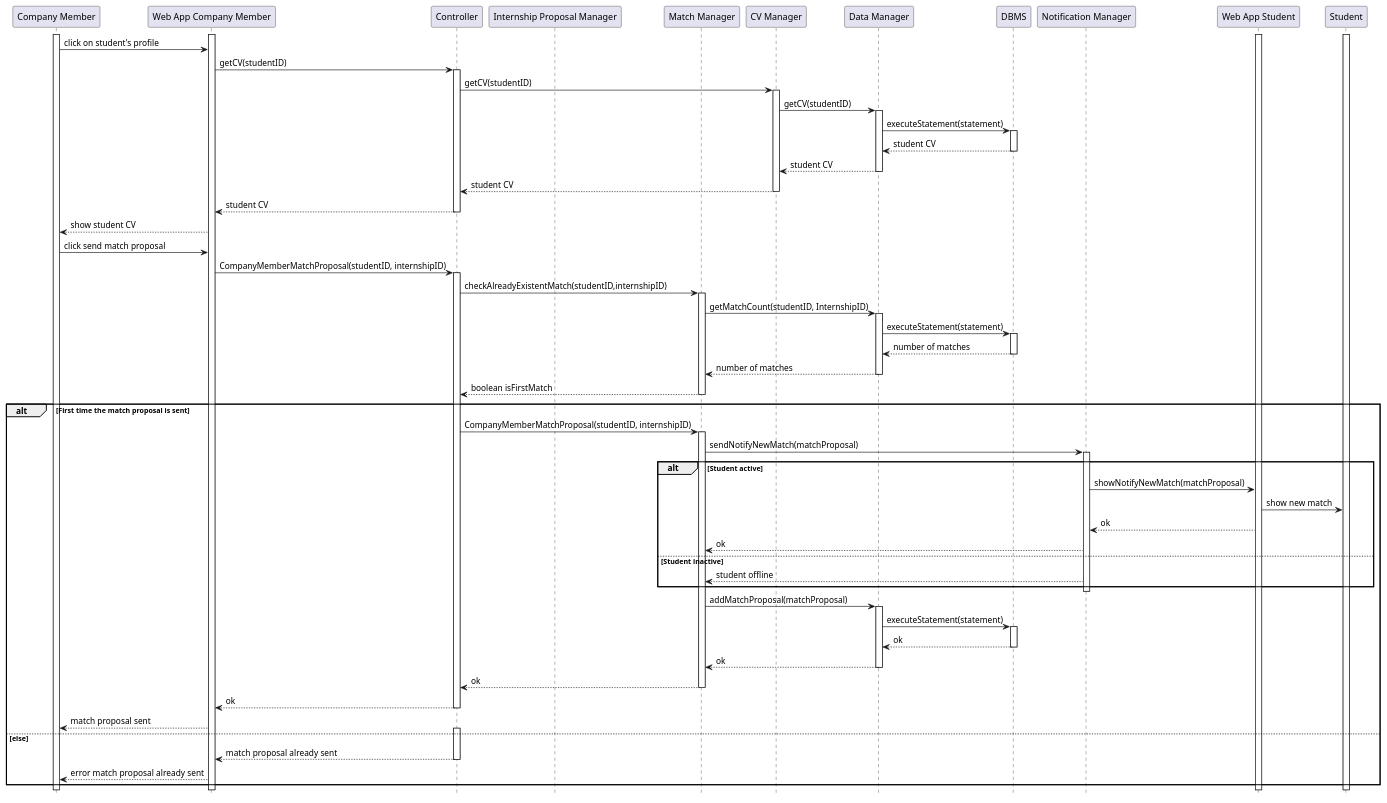
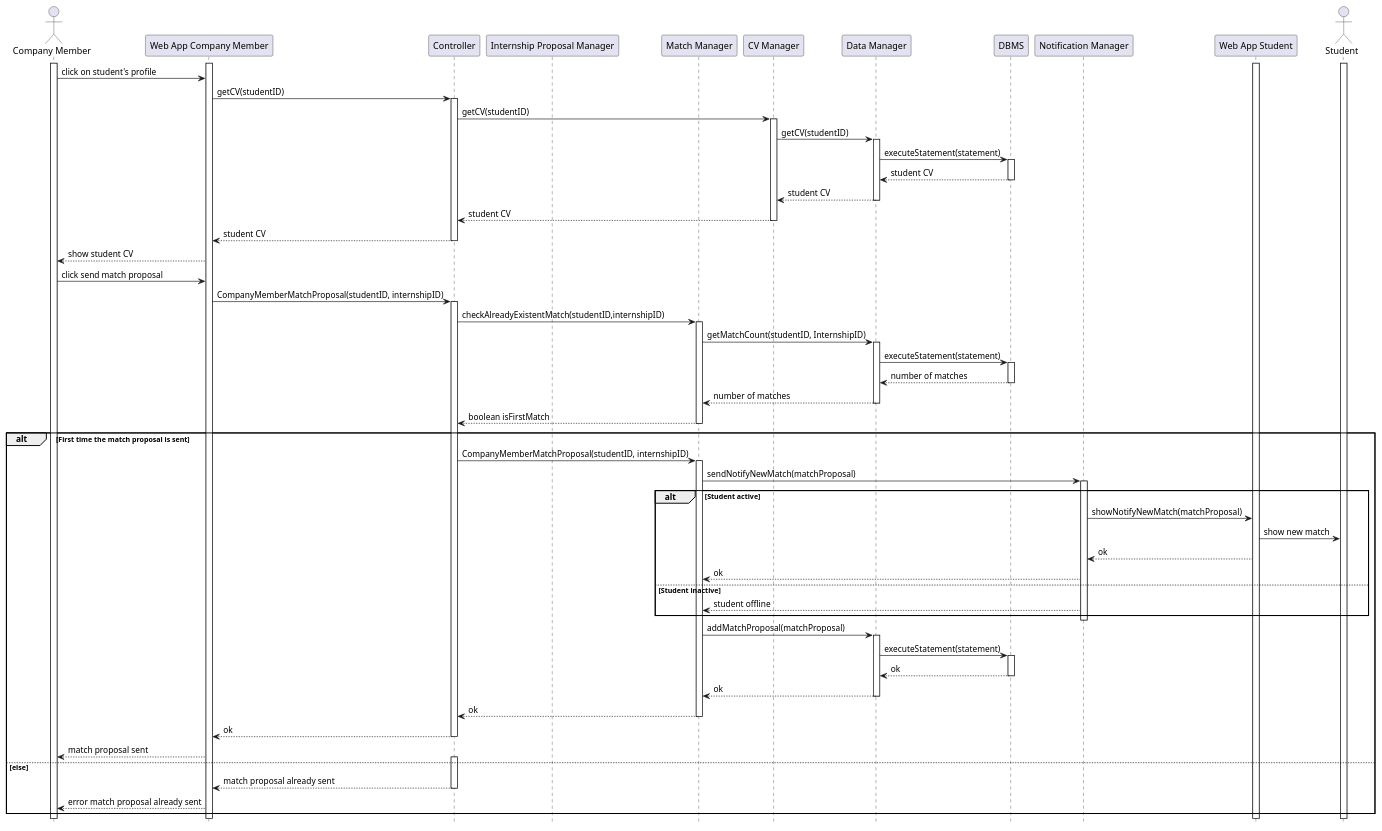
The diagram in DD/Architectural_design/uml_diagrams/RV17_diagram.puml (matti8702/R_and_DD_project_SE2), drawn with PlantUML before and after one commit. The commit also changed 9 other files, not shown here.

```diff
--- a/DD/Architectural_design/uml_diagrams/RV17_diagram.puml
+++ b/DD/Architectural_design/uml_diagrams/RV17_diagram.puml
@@ -1,99 +1,99 @@
 @startuml RV17_diagram
 hide footbox
 
-participant "Company Member" as CM 
+actor "Company Member" as CM 
 participant "Web App Company Member" as W
 participant "Controller" AS C
 participant "Internship Proposal Manager" as IP
 participant "Match Manager" as M
 participant "CV Manager" as CV
 participant "Data Manager" as DM
 participant "DBMS" as RD
 participant "Notification Manager" as NM
 participant "Web App Student" as WA
-participant "Student" as S 
+actor "Student" as S 
 
 
 
 
 activate S
 activate W
 activate CM
 activate WA
 
 CM -> W: click on student's profile
 
 W ->C: getCV(studentID)
 activate C
 
 C -> CV: getCV(studentID)
 activate CV
 CV -> DM: getCV(studentID)
 activate DM
 DM -> RD: executeStatement(statement)
 activate RD
 RD --> DM: student CV
 deactivate RD
 DM --> CV: student CV
 deactivate DM
 CV --> C: student CV
 deactivate CV
 C --> W: student CV
 deactivate C
 W --> CM: show student CV
 
 CM -> W: click send match proposal
 
 W -> C: CompanyMemberMatchProposal(studentID, internshipID)
 activate C
 C -> M: checkAlreadyExistentMatch(studentID,internshipID)
 activate M
 
 M -> DM: getMatchCount(studentID, InternshipID)
 activate DM
 DM -> RD: executeStatement(statement)
 activate RD
 RD --> DM: number of matches
 deactivate RD
 DM --> M: number of matches
 deactivate DM
 M --> C: boolean isFirstMatch
 deactivate M
 
 alt First time the match proposal is sent
 
     C -> M: CompanyMemberMatchProposal(studentID, internshipID)
     activate M
 
     M -> NM: sendNotifyNewMatch(matchProposal)
     activate NM
     alt Student active
         NM -> WA: showNotifyNewMatch(matchProposal)
         WA -> S: show new match
         WA --> NM: ok
         NM --> M: ok
     else Student inactive
         NM --> M: student offline
     end
     deactivate NM
     M -> DM: addMatchProposal(matchProposal)
     activate DM
     DM -> RD: executeStatement(statement)
     activate RD
     RD --> DM: ok
     deactivate RD
     DM --> M: ok
     deactivate DM
     M --> C: ok
     deactivate M
     C --> W: ok
     deactivate C
     W --> CM: match proposal sent
 else else
     activate C
     C --> W: match proposal already sent
     deactivate C
     W --> CM: error match proposal already sent
 end
 
 @enduml
```
